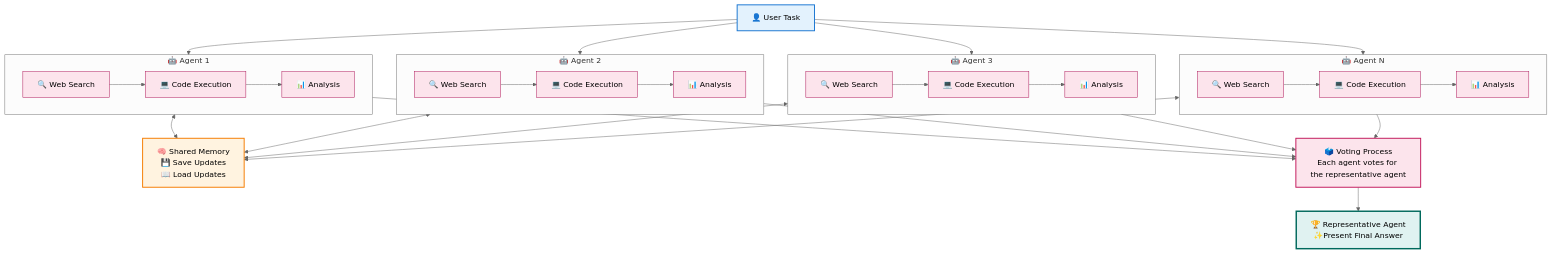
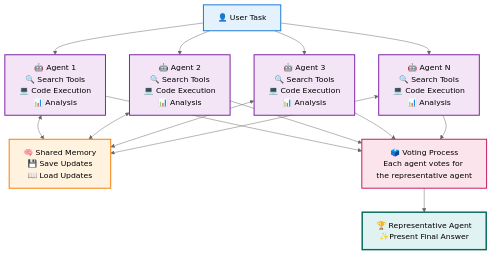
The diagram in README.md (qidanrui/MassGen), drawn with Mermaid (neutral theme) before and after one commit.

````diff
--- a/README.md
+++ b/README.md
@@ -44,82 +44,39 @@
 ```mermaid
 graph TB
-    %% User Input
-    U[👤 User Task]
-    
-    %% Agent 1 Sequential Block
-    subgraph A1_Block [🤖 Agent 1]
-        A1_Search[🔍 Web Search]
-        A1_Code[💻 Code Execution]
-        A1_Analysis[📊 Analysis]
-        A1_Search --> A1_Code
-        A1_Code --> A1_Analysis
-    end
-    
-    %% Agent 2 Sequential Block  
-    subgraph A2_Block [🤖 Agent 2]
-        A2_Search[🔍 Web Search]
-        A2_Code[💻 Code Execution]
-        A2_Analysis[📊 Analysis]
-        A2_Search --> A2_Code
-        A2_Code --> A2_Analysis
-    end
-    
-    %% Agent 3 Sequential Block
-    subgraph A3_Block [🤖 Agent 3]
-        A3_Search[🔍 Web Search]
-        A3_Code[💻 Code Execution] 
-        A3_Analysis[📊 Analysis]
-        A3_Search --> A3_Code
-        A3_Code --> A3_Analysis
-    end
-    
-    %% Agent N Sequential Block
-    subgraph AN_Block [🤖 Agent N]
-        AN_Search[🔍 Web Search]
-        AN_Code[💻 Code Execution]
-        AN_Analysis[📊 Analysis]
-        AN_Search --> AN_Code
-        AN_Code --> AN_Analysis
-    end
-    
-    %% User task triggers all agents
-    U --> A1_Block
-    U --> A2_Block
-    U --> A3_Block
-    U --> AN_Block
+    %% User Input directly to Multiple Agents
+    U[👤 User Task] --> A1[🤖 Agent 1<br/>🔍 Search Tools<br/>💻 Code Execution<br/>📊 Analysis]
+    U --> A2[🤖 Agent 2<br/>🔍 Search Tools<br/>💻 Code Execution<br/>📊 Analysis]
+    U --> A3[🤖 Agent 3<br/>🔍 Search Tools<br/>💻 Code Execution<br/>📊 Analysis]
+    U --> AN[🤖 Agent N<br/>🔍 Search Tools<br/>💻 Code Execution<br/>📊 Analysis]
     
     %% Shared Memory Hub
     SM[🧠 Shared Memory<br/>💾 Save Updates<br/>📖 Load Updates]
     
-    %% Agents interact with shared memory
-    A1_Block <--> SM
-    A2_Block <--> SM
-    A3_Block <--> SM
-    AN_Block <--> SM
+    %% Agents interact with shared memory during task solving
+    A1 <--> SM
+    A2 <--> SM
+    A3 <--> SM
+    AN <--> SM
     
-    %% Voting Process
-    V[🗳️ Voting Process<br/>Each agent votes for the representative agent]
+    %% Voting Process at bottom
+    A1 --> V[🗳️ Voting Process<br/>Each agent votes for the representative agent]
+    A2 --> V
+    A3 --> V
+    AN --> V
     
-    %% Agents participate in voting
-    A1_Block --> V
-    A2_Block --> V
-    A3_Block --> V
-    AN_Block --> V
-    
-    %% Final Answer by Representative Agent
+    %% Consensus Check
     V --> F[🏆 Representative Agent<br/>✨Present Final Answer]
     
     %% Styling
     classDef userNode fill:#e3f2fd,stroke:#1976d2,stroke-width:2px
     classDef agentNode fill:#f3e5f5,stroke:#7b1fa2,stroke-width:2px
-    classDef agentSubNode fill:#fce4ec,stroke:#ad1457,stroke-width:1px
     classDef memoryNode fill:#fff3e0,stroke:#f57c00,stroke-width:2px
     classDef voteNode fill:#fce4ec,stroke:#c2185b,stroke-width:2px
     classDef finalNode fill:#e0f2f1,stroke:#00695c,stroke-width:3px
     
     class U userNode
-    class A1_Search,A1_Code,A1_Analysis,A2_Search,A2_Code,A2_Analysis,A3_Search,A3_Code,A3_Analysis,AN_Search,AN_Code,AN_Analysis agentSubNode
+    class A1,A2,A3,AN agentNode
     class SM memoryNode
     class V voteNode
     class F finalNode
 ```
````
